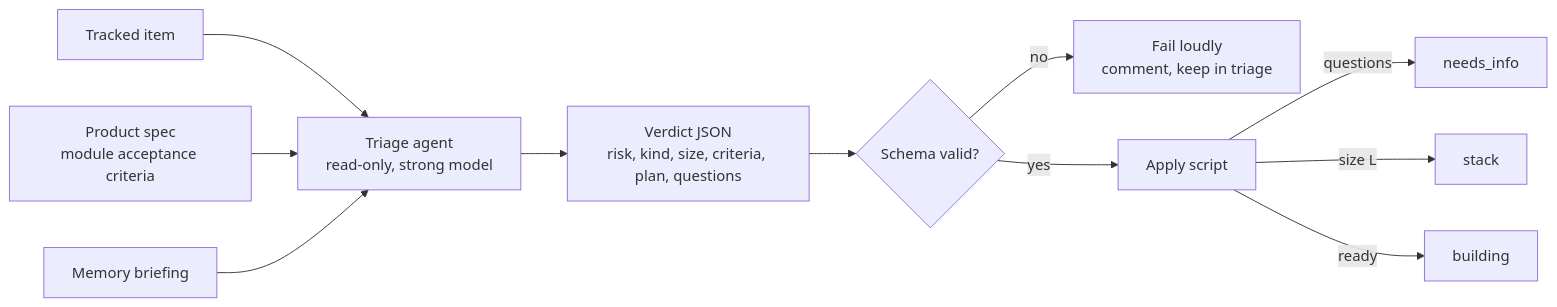
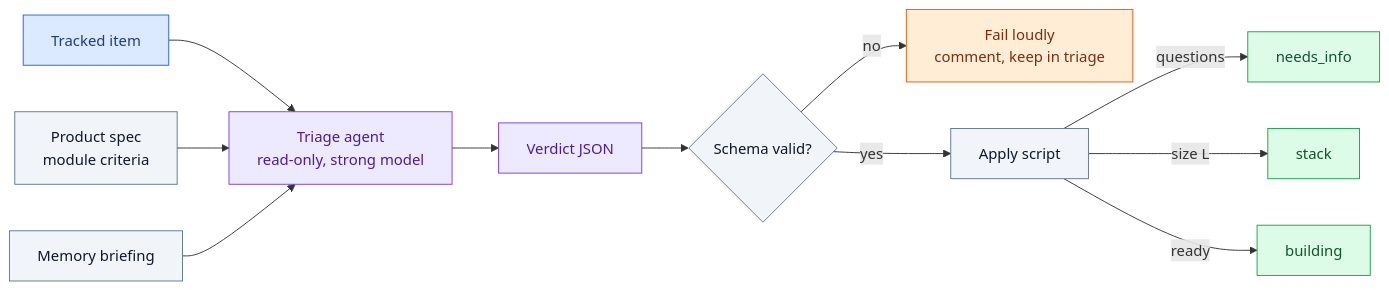
The diagram in docs/01-work-intake/triage-and-risk.md (icelink-ai/software-factory-manifesto), drawn with Mermaid before and after one commit. The commit also changed other lines of this file and 73 other files, not shown here.

````diff
--- a/docs/01-work-intake/triage-and-risk.md
+++ b/docs/01-work-intake/triage-and-risk.md
@@ -38,13 +45,18 @@
 ```mermaid
 flowchart LR
-    IN["Tracked item"] --> AG["Triage agent<br/>read-only, strong model"]
-    SPEC["Product spec<br/>module acceptance criteria"] --> AG
-    MEM["Memory briefing"] --> AG
-    AG --> J["Verdict JSON<br/>risk, kind, size, criteria, plan, questions"]
-    J --> V{"Schema valid?"}
-    V -->|no| F["Fail loudly<br/>comment, keep in triage"]
-    V -->|yes| AP["Apply script"]
-    AP -->|questions| NI["needs_info"]
-    AP -->|"size L"| ST["stack"]
-    AP -->|ready| B["building"]
+    IN["Tracked item"]:::person --> AG["Triage agent<br/>read-only, strong model"]:::agent
+    SPEC["Product spec<br/>module criteria"]:::script --> AG
+    MEM["Memory briefing"]:::script --> AG
+    AG --> J["Verdict JSON"]:::agent
+    J --> V{"Schema valid?"}:::script
+    V -->|no| F["Fail loudly<br/>comment, keep in triage"]:::stop
+    V -->|yes| AP["Apply script"]:::script
+    AP -->|questions| NI["needs_info"]:::state
+    AP -->|"size L"| ST["stack"]:::state
+    AP -->|ready| B["building"]:::state
+    classDef person fill:#dbeafe,stroke:#2563eb,color:#1e3a8a
+    classDef script fill:#f1f5f9,stroke:#64748b,color:#0f172a
+    classDef agent fill:#ede9fe,stroke:#7c3aed,color:#4c1d95
+    classDef state fill:#dcfce7,stroke:#16a34a,color:#14532d
+    classDef stop fill:#ffedd5,stroke:#ea580c,color:#7c2d12
 ```
````
